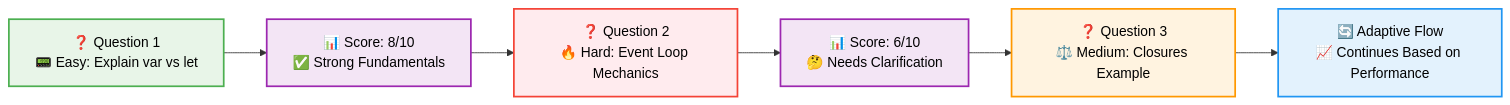
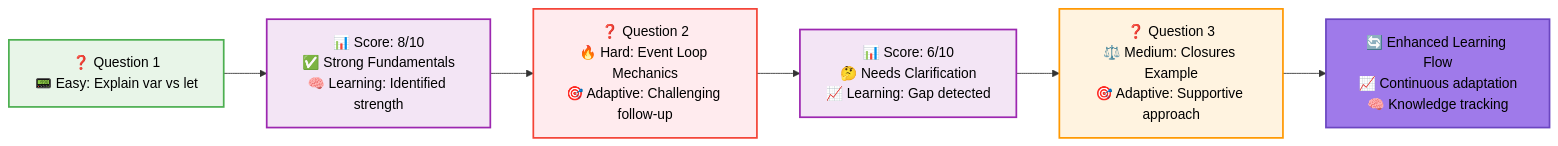
The third of 4 diagrams in README.md (VIKAS9793/ai-interviewer-langchain), drawn with Mermaid before and after one commit. The commit also changed other lines of this file and 11 other files, not shown here.

First line of the commit message:
Implement enhanced autonomous learning system with offline optimization

````diff
--- a/README.md
+++ b/README.md
@@ -428,20 +454,21 @@
 ```mermaid
 flowchart LR
-    A["❓ Question 1<br/>📟 Easy: Explain var vs let"] --> B["📊 Score: 8/10<br/>✅ Strong Fundamentals"]
-    B --> C["❓ Question 2<br/>🔥 Hard: Event Loop Mechanics"]
-    C --> D["📊 Score: 6/10<br/>🤔 Needs Clarification"]
-    D --> E["❓ Question 3<br/>⚖️ Medium: Closures Example"]
-    E --> F["🔄 Adaptive Flow<br/>📈 Continues Based on Performance"]
+    A["❓ Question 1<br/>📟 Easy: Explain var vs let"] --> B["📊 Score: 8/10<br/>✅ Strong Fundamentals<br/>🧠 Learning: Identified strength"]
+    B --> C["❓ Question 2<br/>🔥 Hard: Event Loop Mechanics<br/>🎯 Adaptive: Challenging follow-up"]
+    C --> D["📊 Score: 6/10<br/>🤔 Needs Clarification<br/>📈 Learning: Gap detected"]
+    D --> E["❓ Question 3<br/>⚖️ Medium: Closures Example<br/>🎯 Adaptive: Supportive approach"]
+    E --> F["🔄 Enhanced Learning Flow<br/>📈 Continuous adaptation<br/>🧠 Knowledge tracking"]
     
     classDef easy fill:#e8f5e8,stroke:#4caf50,stroke-width:2px,color:#000000
     classDef medium fill:#fff3e0,stroke:#ff9800,stroke-width:2px,color:#000000
     classDef hard fill:#ffebee,stroke:#f44336,stroke-width:2px,color:#000000
     classDef score fill:#f3e5f5,stroke:#9c27b0,stroke-width:2px,color:#000000
+    classDef learning fill:#9f7aea,stroke:#6b46c1,stroke-width:2px,color:#000000
     classDef flow fill:#e3f2fd,stroke:#2196f3,stroke-width:2px,color:#000000
     
     class A easy
     class E medium
     class C hard
     class B,D score
-    class F flow
+    class F learning
 ```
````
